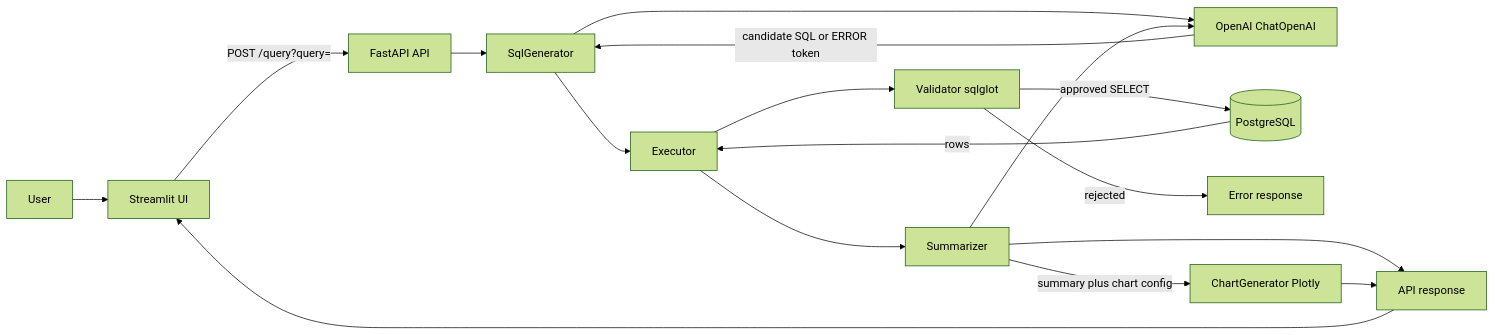
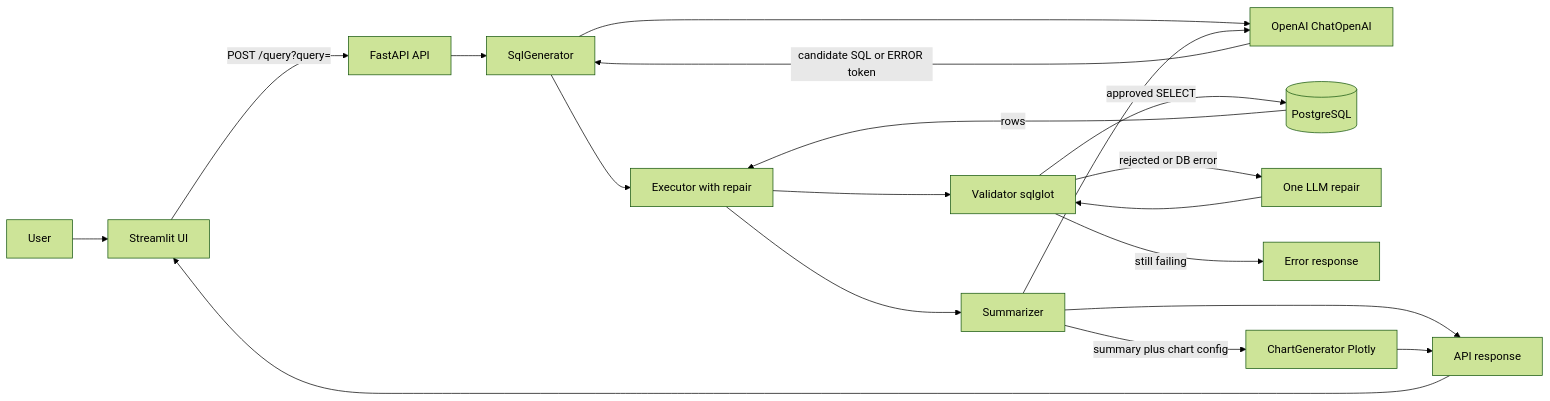
The diagram in docs/DESIGN.MD (solomonmulatu/talk-to-data-sql-assistant), drawn with Mermaid (forest theme) before and after one commit. The commit also changed other lines of this file and 2 other files, not shown here.

Commit message:
feat:execute with repair integrated

````diff
--- a/docs/DESIGN.MD
+++ b/docs/DESIGN.MD
@@ -13,21 +13,23 @@
 ```mermaid
 flowchart LR
     User[User] --> UI[Streamlit UI]
     UI -->|"POST /query?query="| API[FastAPI API]
 
     API --> Gen[SqlGenerator]
     Gen --> Model[OpenAI ChatOpenAI]
     Model -->|candidate SQL or ERROR token| Gen
-    Gen --> Exec[Executor]
+    Gen --> Exec[Executor with repair]
     Exec --> Val[Validator sqlglot]
     Val -->|approved SELECT| DB[(PostgreSQL)]
-    Val -->|rejected| Err[Error response]
+    Val -->|rejected or DB error| Repair[One LLM repair]
+    Repair --> Val
+    Val -->|still failing| Err[Error response]
     DB -->|rows| Exec
 
     Exec --> Sum[Summarizer]
     Sum --> Model
     Sum -->|summary plus chart config| Charts[ChartGenerator Plotly]
     Sum --> Resp[API response]
     Charts --> Resp
     Resp --> UI
 ```
````
